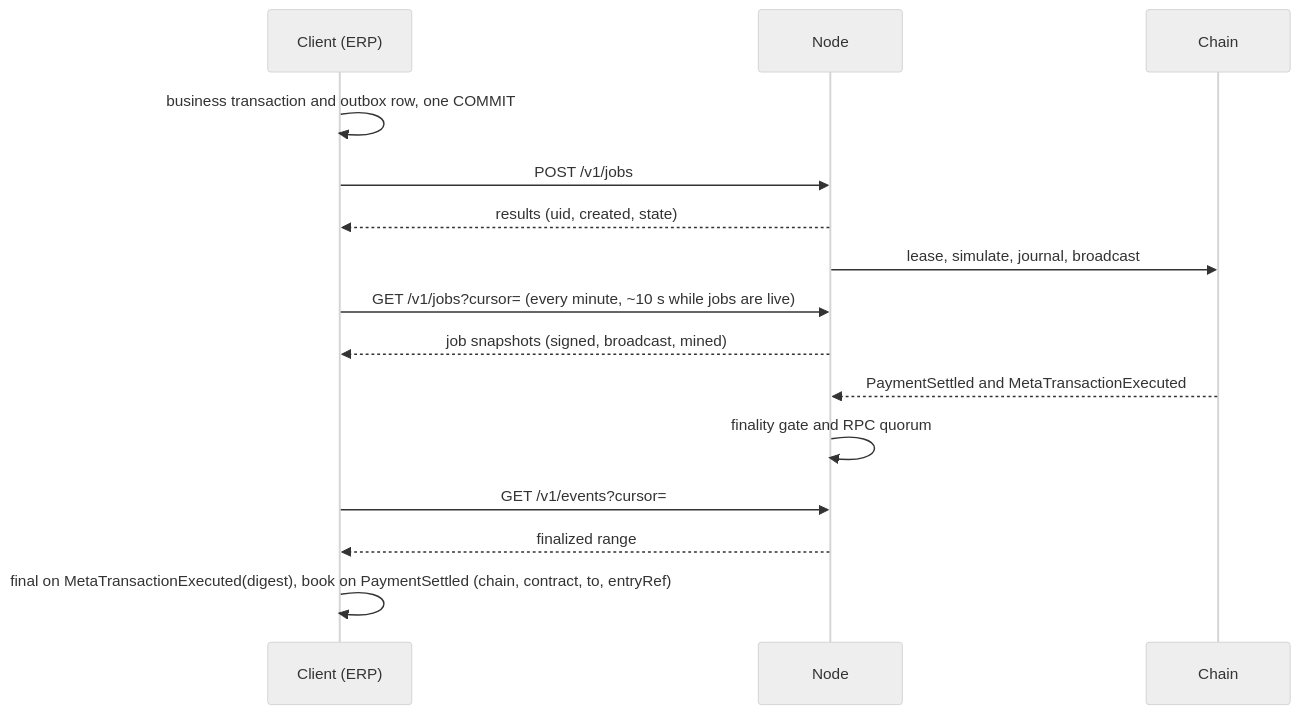
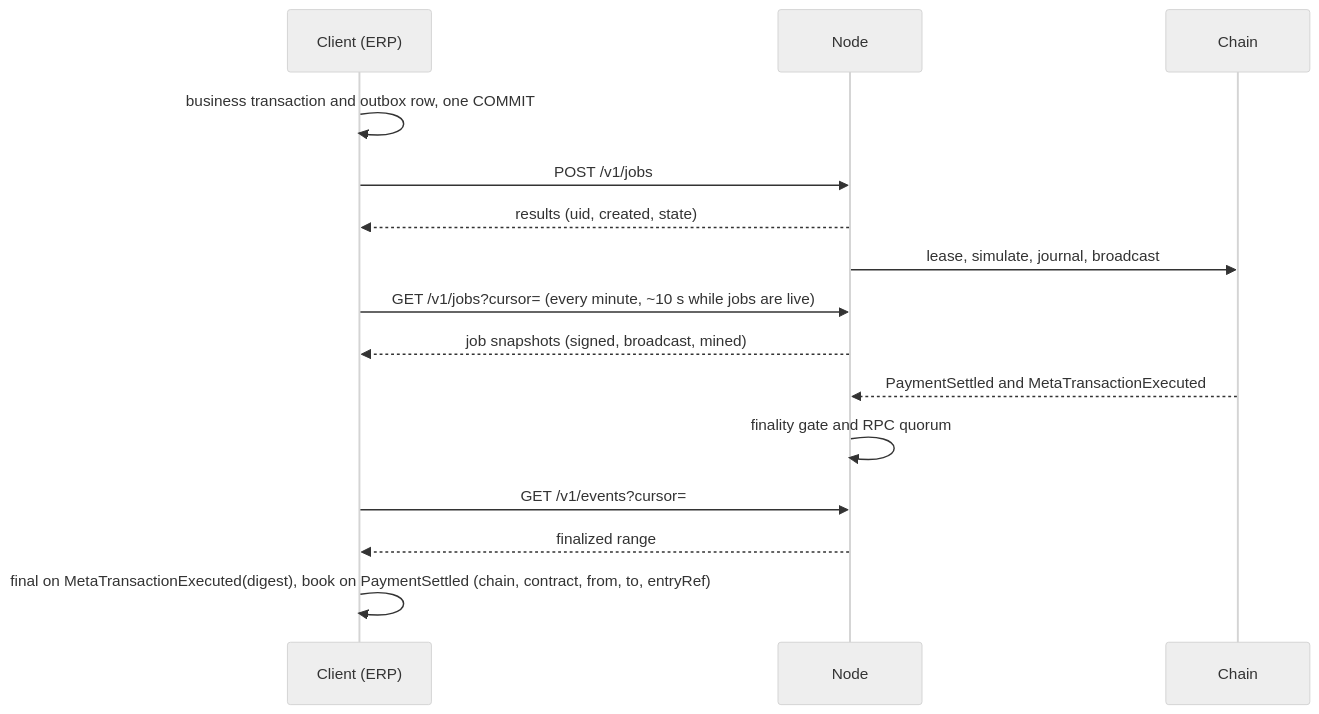
Before and after one commit to dinhduongha/scaas: the third of 5 diagrams in docs/integration.md, drawn with Mermaid (neutral theme). The commit also changed other lines of this file and 15 other files, not shown here.

````diff
--- a/docs/integration.md
+++ b/docs/integration.md
@@ -352,17 +352,17 @@
 ```mermaid
 sequenceDiagram
     participant E as Client (ERP)
     participant N as Node
     participant C as Chain
     E->>E: business transaction and outbox row, one COMMIT
     E->>N: POST /v1/jobs
     N-->>E: results (uid, created, state)
     N->>C: lease, simulate, journal, broadcast
     E->>N: GET /v1/jobs?cursor= (every minute, ~10 s while jobs are live)
     N-->>E: job snapshots (signed, broadcast, mined)
     C-->>N: PaymentSettled and MetaTransactionExecuted
     N->>N: finality gate and RPC quorum
     E->>N: GET /v1/events?cursor=
     N-->>E: finalized range
-    E->>E: final on MetaTransactionExecuted(digest), book on PaymentSettled (chain, contract, to, entryRef)
+    E->>E: final on MetaTransactionExecuted(digest), book on PaymentSettled (chain, contract, from, to, entryRef)
 ```
````
